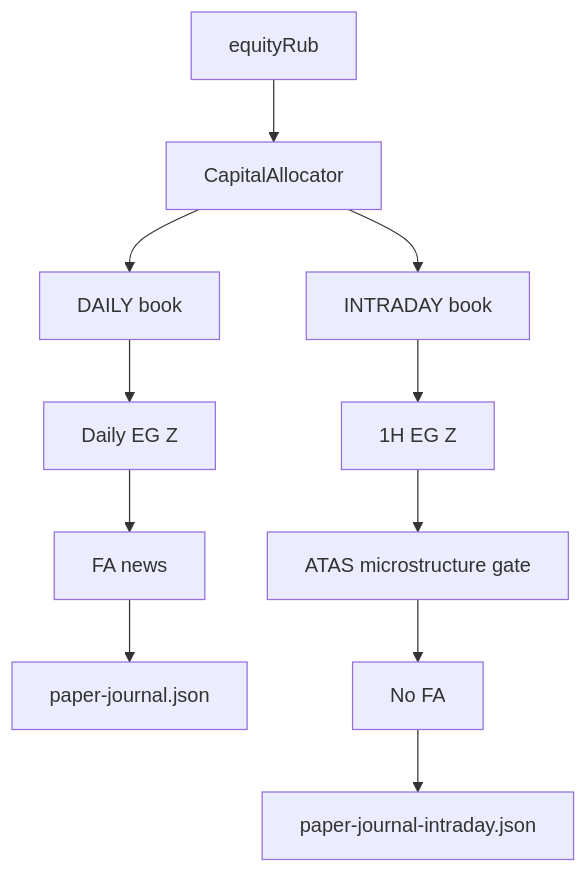
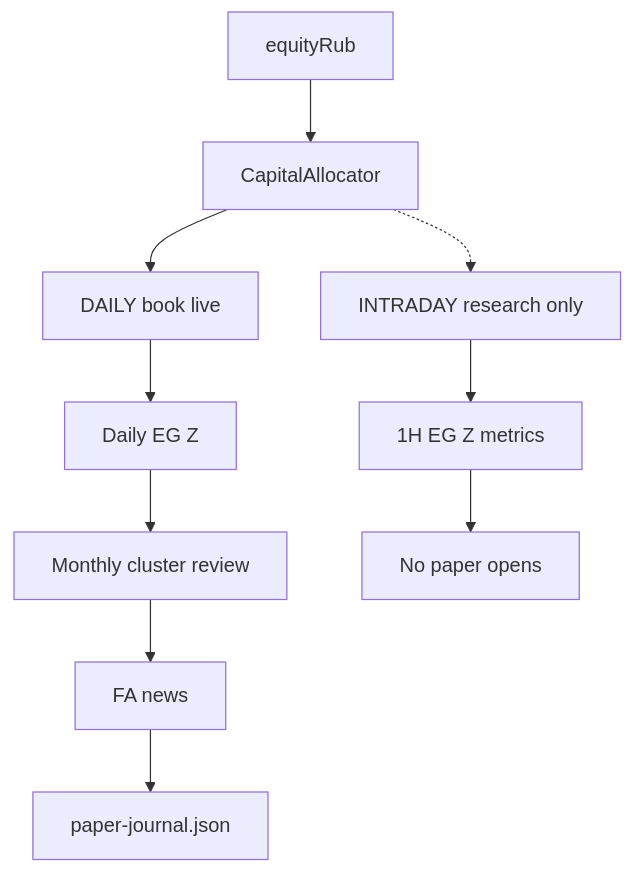
One commit to ITmeansIvanTyulkin/IMOEX changed the diagram in README.md. Above: the diagram before and after it, drawn with Mermaid. The commit also changed other lines of this file and 35 other files, not shown here.

First line of the commit message:
Закрепить DAILY metals: monthly cluster review и INTRADAY research-only.

````diff
--- a/README.md
+++ b/README.md
@@ -41,13 +42,12 @@
 ```mermaid
 flowchart TB
   Equity[equityRub] --> Alloc[CapitalAllocator]
-  Alloc --> DailyBook[DAILY book]
-  Alloc --> IntraBook[INTRADAY book]
+  Alloc --> DailyBook[DAILY book live]
+  Alloc -.-> IntraBook[INTRADAY research only]
   DailyBook --> DTech[Daily EG Z]
-  DTech --> FA[FA news]
+  DTech --> Cluster[Monthly cluster review]
+  Cluster --> FA[FA news]
   FA --> DPaper[paper-journal.json]
-  IntraBook --> HTech[1H EG Z]
-  HTech --> ATAS[ATAS microstructure gate]
-  ATAS --> SkipFA[No FA]
-  SkipFA --> IPaper[paper-journal-intraday.json]
+  IntraBook --> HTech[1H EG Z metrics]
+  HTech --> NoPaper[No paper opens]
 ```
````
